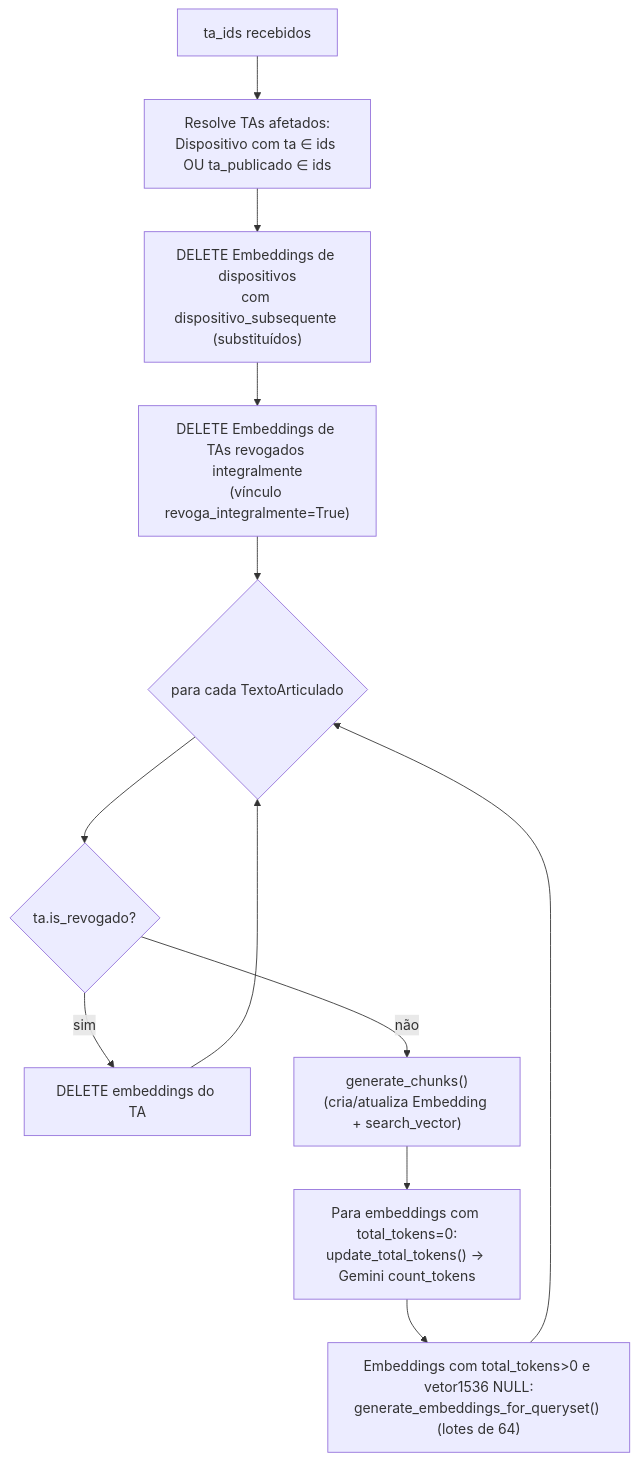
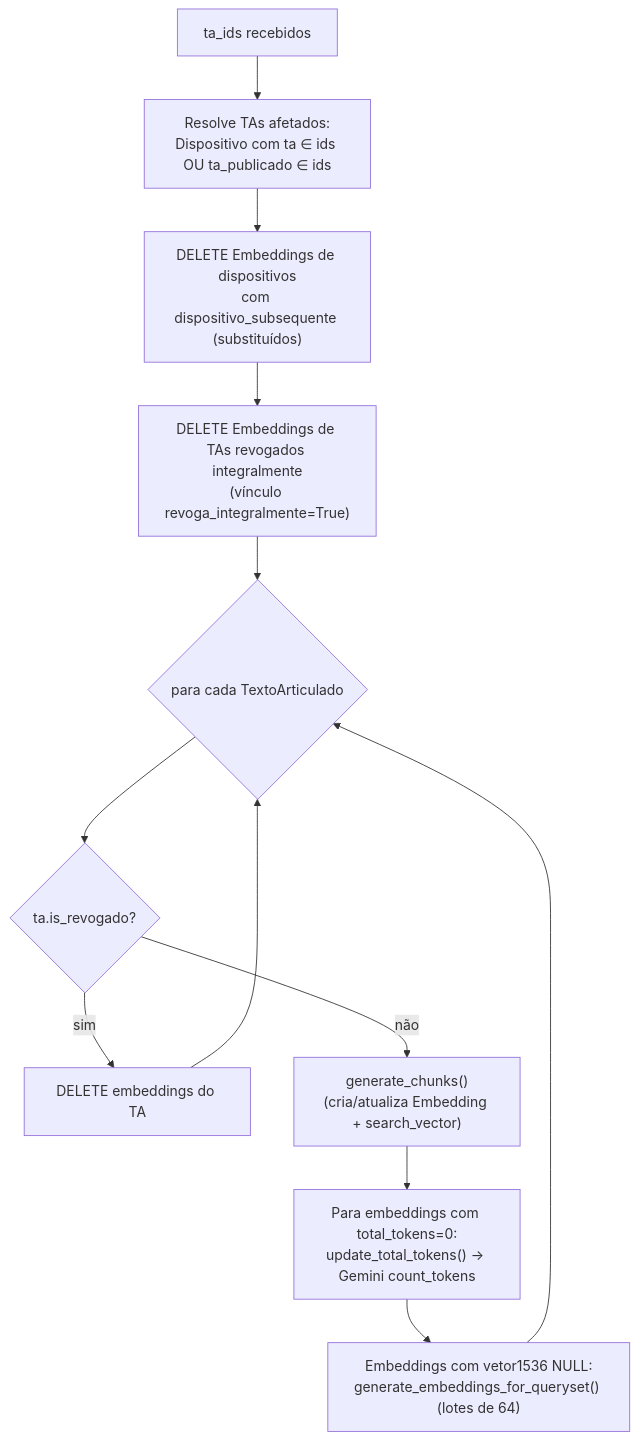
The first of 2 diagrams in docs/rag/02-ingestao-e-indexacao.md (cmjatai/cmj), drawn with Mermaid before and after one commit. The commit also changed other lines of this file and 10 other files, not shown here.

````diff
--- a/docs/rag/02-ingestao-e-indexacao.md
+++ b/docs/rag/02-ingestao-e-indexacao.md
@@ -27,13 +27,13 @@
 ```mermaid
 flowchart TD
     A[ta_ids recebidos] --> B["Resolve TAs afetados:<br/>Dispositivo com ta ∈ ids OU ta_publicado ∈ ids"]
     B --> C["DELETE Embeddings de dispositivos<br/>com dispositivo_subsequente (substituídos)"]
     C --> D["DELETE Embeddings de TAs revogados integralmente<br/>(vínculo revoga_integralmente=True)"]
     D --> E{para cada TextoArticulado}
     E --> F{ta.is_revogado?}
     F -- sim --> G[DELETE embeddings do TA] --> E
     F -- não --> H["generate_chunks()<br/>(cria/atualiza Embedding + search_vector)"]
     H --> I["Para embeddings com total_tokens=0:<br/>update_total_tokens() → Gemini count_tokens"]
-    I --> J["Embeddings com total_tokens>0 e vetor1536 NULL:<br/>generate_embeddings_for_queryset() (lotes de 64)"]
+    I --> J["Embeddings com vetor1536 NULL:<br/>generate_embeddings_for_queryset() (lotes de 64)"]
     J --> E
 ```
````
